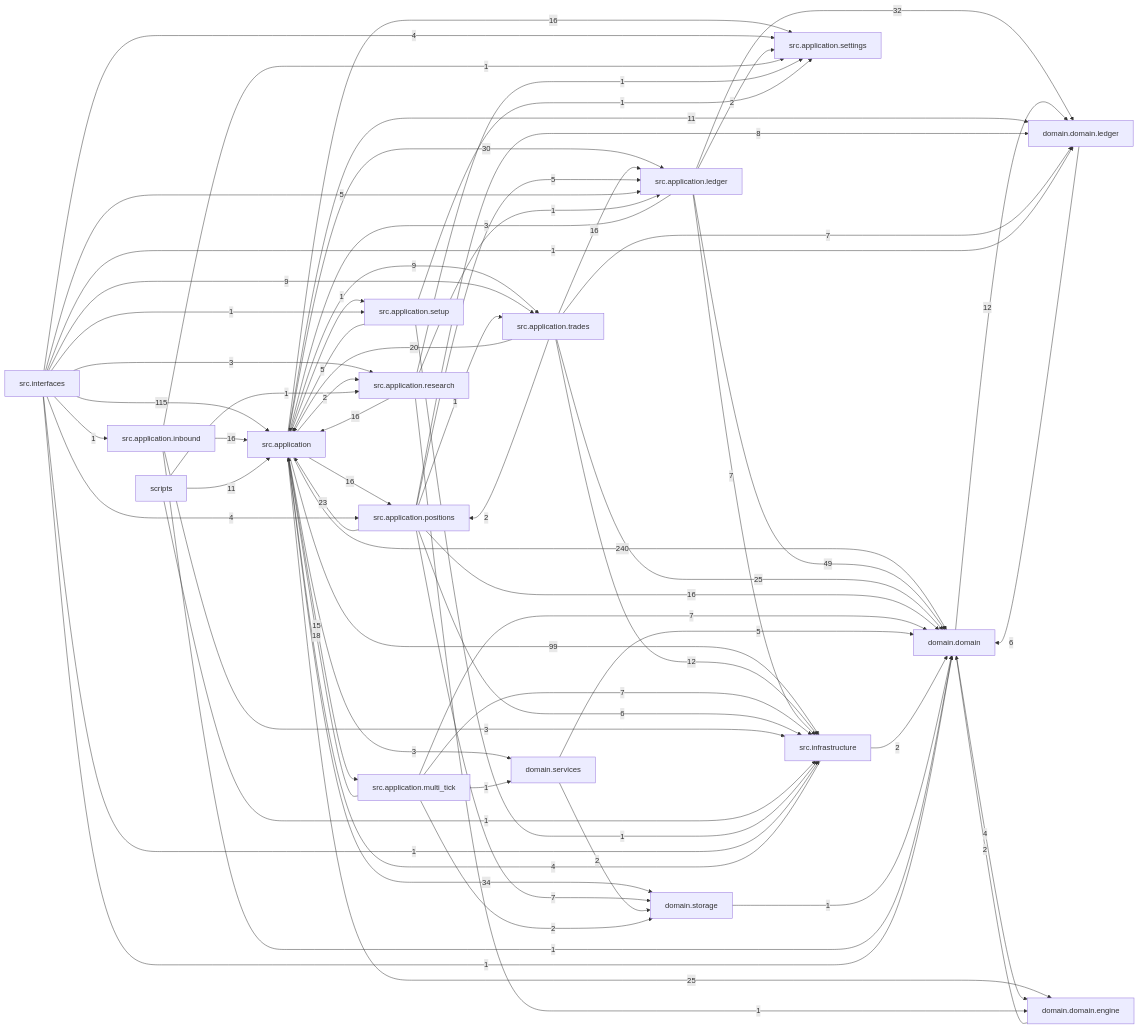
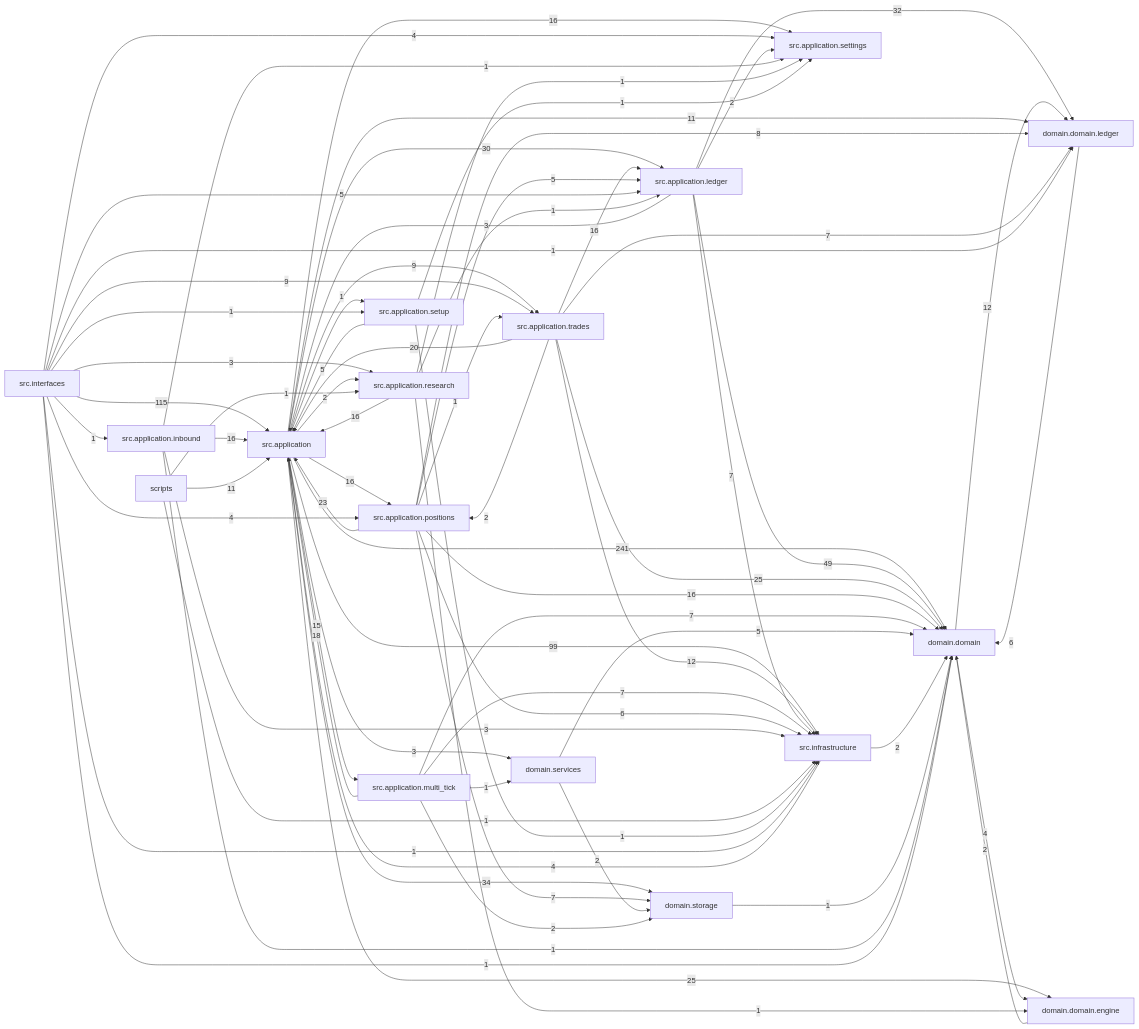
Before and after one commit to liuxie066/options-monitor: the diagram in docs/dependency_graph.mmd, drawn with Mermaid. The commit also changed 7 other files, not shown here.

```diff
--- a/docs/dependency_graph.mmd
+++ b/docs/dependency_graph.mmd
@@ -1,71 +1,71 @@
 flowchart LR
-  src_application["src.application"] -->|240| domain_domain["domain.domain"]
+  src_application["src.application"] -->|241| domain_domain["domain.domain"]
   src_interfaces["src.interfaces"] -->|115| src_application["src.application"]
   src_application["src.application"] -->|99| src_infrastructure["src.infrastructure"]
   src_application_ledger["src.application.ledger"] -->|49| domain_domain["domain.domain"]
   src_application["src.application"] -->|34| domain_storage["domain.storage"]
   src_application_ledger["src.application.ledger"] -->|32| domain_domain_ledger["domain.domain.ledger"]
   src_application["src.application"] -->|30| src_application_ledger["src.application.ledger"]
   src_application["src.application"] -->|25| domain_domain_engine["domain.domain.engine"]
   src_application_trades["src.application.trades"] -->|25| domain_domain["domain.domain"]
   src_application_positions["src.application.positions"] -->|23| src_application["src.application"]
   src_application_trades["src.application.trades"] -->|20| src_application["src.application"]
   src_application_multi_tick["src.application.multi_tick"] -->|18| src_application["src.application"]
   src_application["src.application"] -->|16| src_application_positions["src.application.positions"]
   src_application["src.application"] -->|16| src_application_settings["src.application.settings"]
   src_application_inbound["src.application.inbound"] -->|16| src_application["src.application"]
   src_application_positions["src.application.positions"] -->|16| domain_domain["domain.domain"]
   src_application_research["src.application.research"] -->|16| src_application["src.application"]
   src_application_trades["src.application.trades"] -->|16| src_application_ledger["src.application.ledger"]
   src_application["src.application"] -->|15| src_application_multi_tick["src.application.multi_tick"]
   domain_domain["domain.domain"] -->|12| domain_domain_ledger["domain.domain.ledger"]
   src_application_trades["src.application.trades"] -->|12| src_infrastructure["src.infrastructure"]
   scripts["scripts"] -->|11| src_application["src.application"]
   src_application["src.application"] -->|11| domain_domain_ledger["domain.domain.ledger"]
   src_application["src.application"] -->|9| src_application_trades["src.application.trades"]
   src_interfaces["src.interfaces"] -->|9| src_application_trades["src.application.trades"]
   src_application_positions["src.application.positions"] -->|8| domain_domain_ledger["domain.domain.ledger"]
   src_application_ledger["src.application.ledger"] -->|7| src_infrastructure["src.infrastructure"]
   src_application_multi_tick["src.application.multi_tick"] -->|7| domain_domain["domain.domain"]
   src_application_multi_tick["src.application.multi_tick"] -->|7| src_infrastructure["src.infrastructure"]
   src_application_positions["src.application.positions"] -->|7| domain_storage["domain.storage"]
   src_application_trades["src.application.trades"] -->|7| domain_domain_ledger["domain.domain.ledger"]
   domain_domain_ledger["domain.domain.ledger"] -->|6| domain_domain["domain.domain"]
   src_application_positions["src.application.positions"] -->|6| src_infrastructure["src.infrastructure"]
   domain_services["domain.services"] -->|5| domain_domain["domain.domain"]
   src_application_positions["src.application.positions"] -->|5| src_application_ledger["src.application.ledger"]
   src_application_setup["src.application.setup"] -->|5| src_application["src.application"]
   src_interfaces["src.interfaces"] -->|5| src_application_ledger["src.application.ledger"]
   domain_domain["domain.domain"] -->|4| domain_domain_engine["domain.domain.engine"]
   src_infrastructure["src.infrastructure"] -->|4| src_application["src.application"]
   src_interfaces["src.interfaces"] -->|4| src_application_positions["src.application.positions"]
   src_interfaces["src.interfaces"] -->|4| src_application_settings["src.application.settings"]
   src_application["src.application"] -->|3| domain_services["domain.services"]
   src_application_inbound["src.application.inbound"] -->|3| src_infrastructure["src.infrastructure"]
   src_application_ledger["src.application.ledger"] -->|3| src_application["src.application"]
   src_interfaces["src.interfaces"] -->|3| src_application_research["src.application.research"]
   domain_domain_engine["domain.domain.engine"] -->|2| domain_domain["domain.domain"]
   domain_services["domain.services"] -->|2| domain_storage["domain.storage"]
   src_application["src.application"] -->|2| src_application_research["src.application.research"]
   src_application_ledger["src.application.ledger"] -->|2| src_application_settings["src.application.settings"]
   src_application_multi_tick["src.application.multi_tick"] -->|2| domain_storage["domain.storage"]
   src_application_trades["src.application.trades"] -->|2| src_application_positions["src.application.positions"]
   src_infrastructure["src.infrastructure"] -->|2| domain_domain["domain.domain"]
   domain_storage["domain.storage"] -->|1| domain_domain["domain.domain"]
   scripts["scripts"] -->|1| src_application_research["src.application.research"]
   scripts["scripts"] -->|1| src_infrastructure["src.infrastructure"]
   src_application["src.application"] -->|1| src_application_setup["src.application.setup"]
   src_application_inbound["src.application.inbound"] -->|1| domain_domain["domain.domain"]
   src_application_inbound["src.application.inbound"] -->|1| src_application_settings["src.application.settings"]
   src_application_multi_tick["src.application.multi_tick"] -->|1| domain_services["domain.services"]
   src_application_positions["src.application.positions"] -->|1| src_application_trades["src.application.trades"]
   src_application_research["src.application.research"] -->|1| domain_domain_engine["domain.domain.engine"]
   src_application_research["src.application.research"] -->|1| src_application_ledger["src.application.ledger"]
   src_application_research["src.application.research"] -->|1| src_application_settings["src.application.settings"]
   src_application_setup["src.application.setup"] -->|1| src_application_settings["src.application.settings"]
   src_application_setup["src.application.setup"] -->|1| src_infrastructure["src.infrastructure"]
   src_interfaces["src.interfaces"] -->|1| domain_domain["domain.domain"]
   src_interfaces["src.interfaces"] -->|1| domain_domain_ledger["domain.domain.ledger"]
   src_interfaces["src.interfaces"] -->|1| src_application_inbound["src.application.inbound"]
   src_interfaces["src.interfaces"] -->|1| src_application_setup["src.application.setup"]
   src_interfaces["src.interfaces"] -->|1| src_infrastructure["src.infrastructure"]
```
